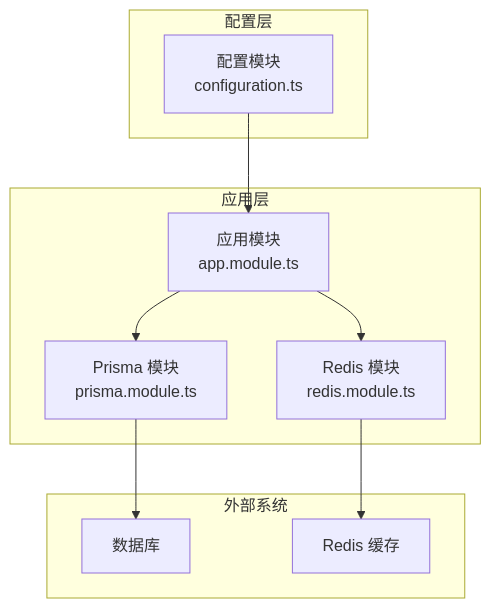
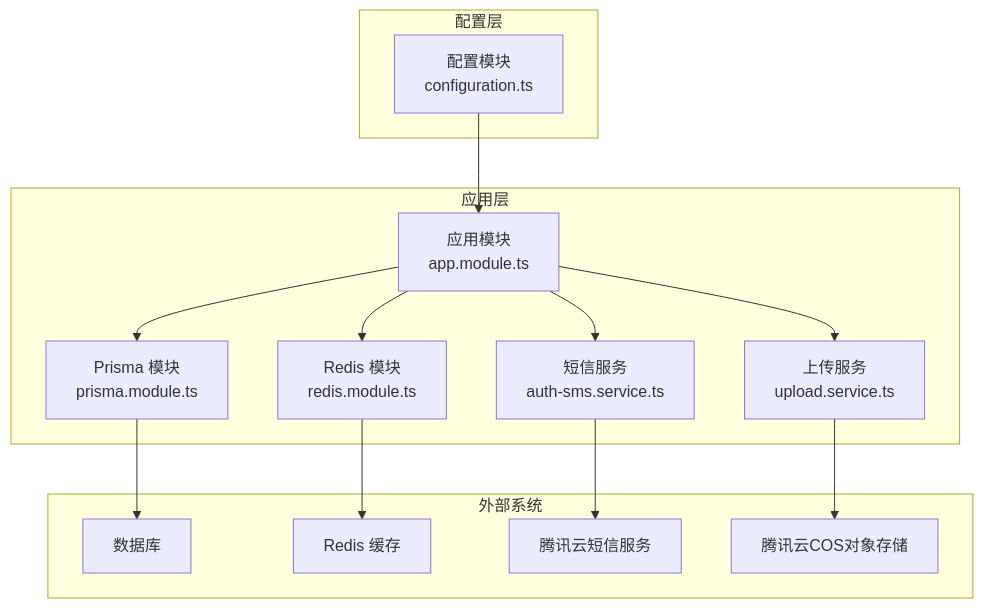
Before and after one commit to rc558620/purelyprofit-server: the third of 4 diagrams in .qoder/repowiki/zh/content/部署配置/环境配置管理.md, drawn with Mermaid. The commit also changed other lines of this file and 56 other files, not shown here.

````diff
--- a/.qoder/repowiki/zh/content/部署配置/环境配置管理.md
+++ b/.qoder/repowiki/zh/content/部署配置/环境配置管理.md
@@ -173,20 +251,28 @@
 ```mermaid
 graph TB
 subgraph "配置层"
 CFG["配置模块<br/>configuration.ts"]
 end
 subgraph "应用层"
 APP["应用模块<br/>app.module.ts"]
 PRISMA["Prisma 模块<br/>prisma.module.ts"]
 REDIS["Redis 模块<br/>redis.module.ts"]
+UPLOAD["上传服务<br/>upload.service.ts"]
+SMS["短信服务<br/>auth-sms.service.ts"]
 end
 subgraph "外部系统"
 DB["数据库"]
 CACHE["Redis 缓存"]
+TENCENT_SMS["腾讯云短信服务"]
+TENCENT_COS["腾讯云COS对象存储"]
 end
 CFG --> APP
 APP --> PRISMA
 APP --> REDIS
+APP --> UPLOAD
+APP --> SMS
 PRISMA --> DB
 REDIS --> CACHE
+SMS --> TENCENT_SMS
+UPLOAD --> TENCENT_COS
 ```
````
